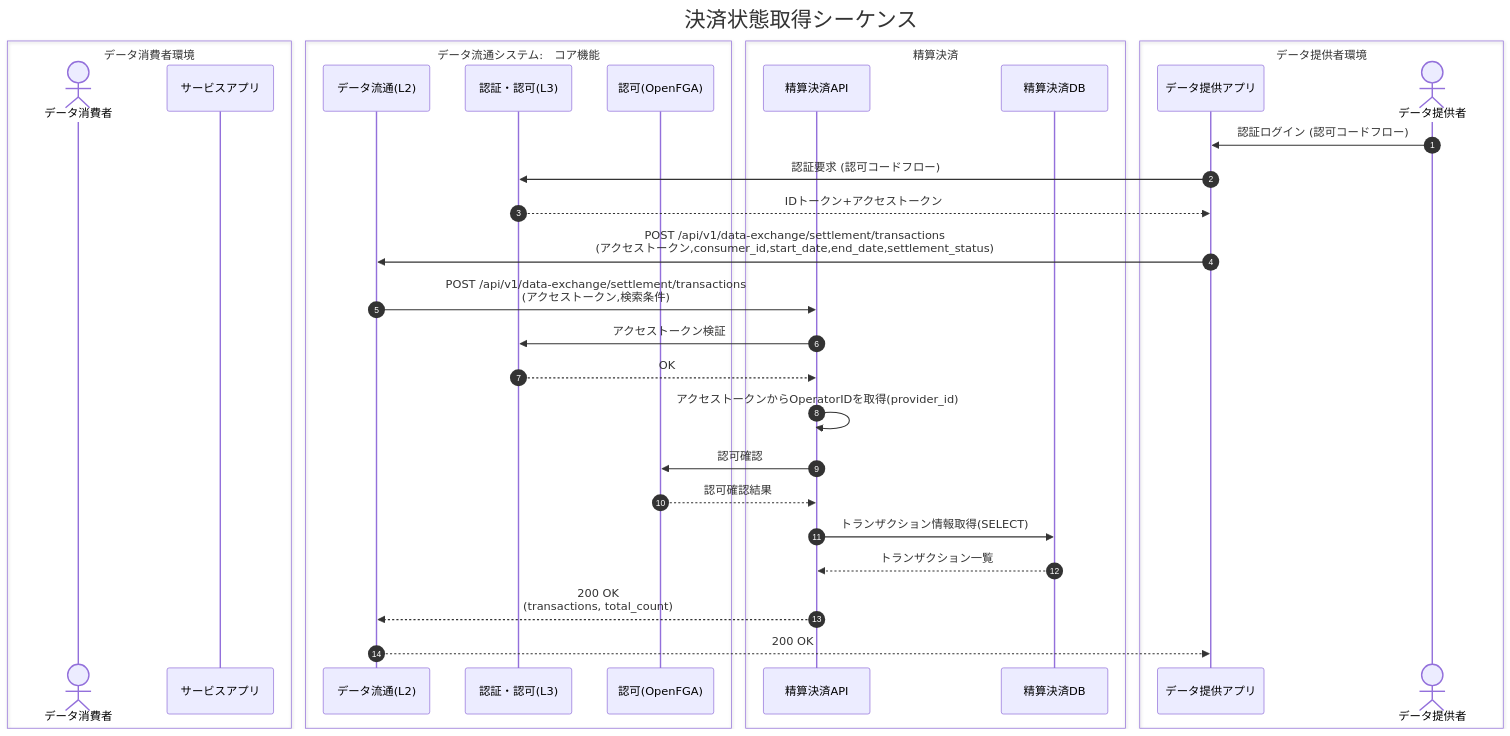
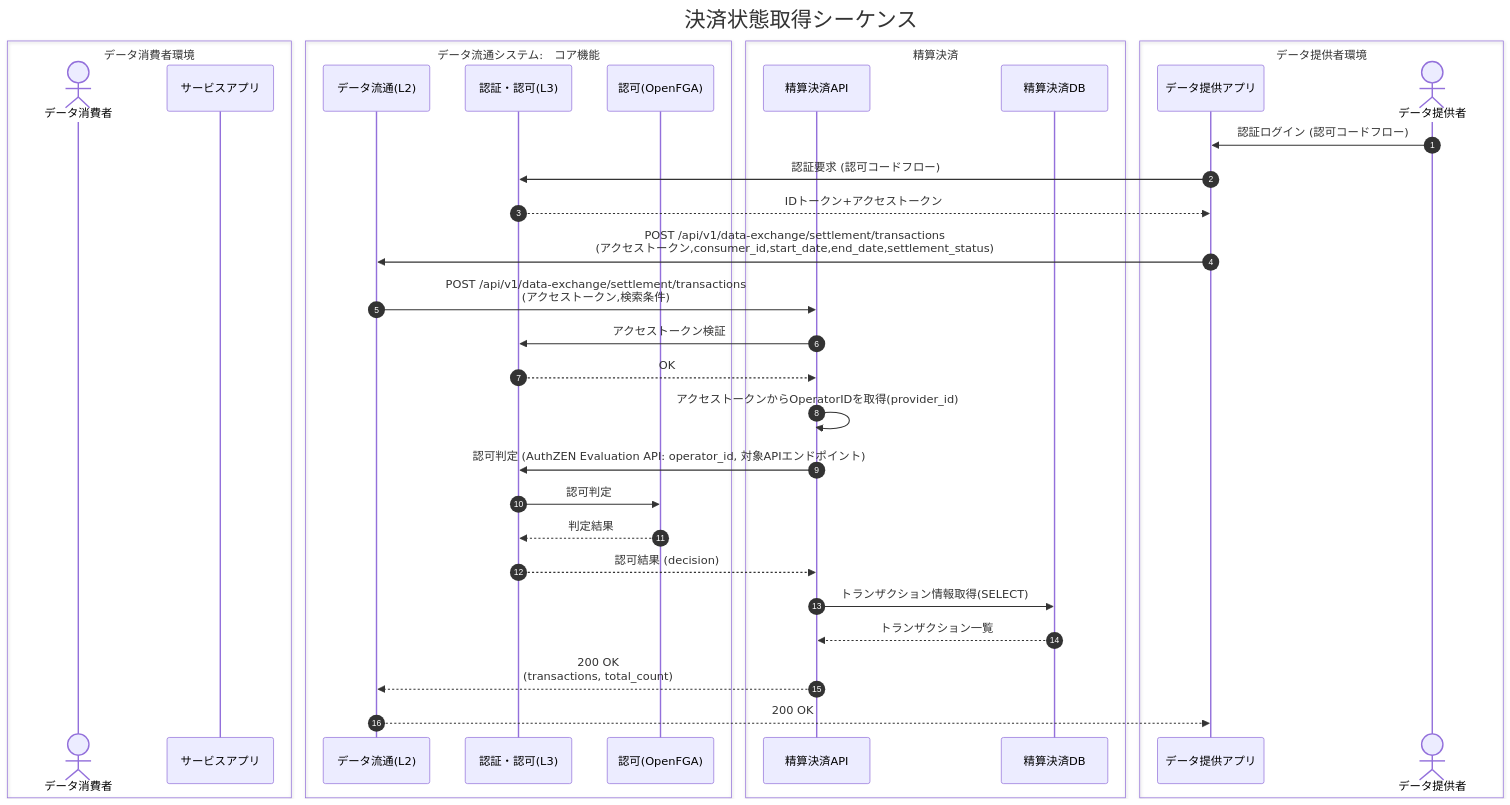
Before and after one commit to open-dataspaces/DCS-Payment: the fifth of 6 diagrams in docs/detail_design.md, drawn with Mermaid. The commit also changed other lines of this file and 6 other files, not shown here.

First line of the commit message:
Route authorization checks through L3 AuthZEN API

````diff
--- a/docs/detail_design.md
+++ b/docs/detail_design.md
@@ -360,51 +380,53 @@
 ```mermaid
 ---
 title: 決済状態取得シーケンス
 config:
   themeVariables:
     fontSize: 30px
 ---
 
 sequenceDiagram
 autonumber
 
 box データ消費者環境
   actor C as データ消費者
   participant C_SA as サービスアプリ
 end
 
 box データ流通システム:　コア機能
   participant CORE_L2 as データ流通(L2)
   participant CORE_L3 as 認証・認可(L3)
   participant AUTHZ as 認可(OpenFGA)
 end
 
 box 精算決済
   participant PAYMENT as 精算決済API
   participant PAYMENT_DB as 精算決済DB
 end
 
 box データ提供者環境
   participant P_SA as データ提供アプリ
   actor P as データ提供者
 end
 
 %% 共通前提：アクセストークン取得
 P->>P_SA: 認証ログイン (認可コードフロー)
 P_SA->>CORE_L3: 認証要求 (認可コードフロー)
 CORE_L3-->>P_SA: IDトークン+アクセストークン
 
 %% --- 精算決済トランザクション取得 ---
 P_SA->>CORE_L2: POST /api/v1/data-exchange/settlement/transactions<BR>(アクセストークン,consumer_id,start_date,end_date,settlement_status)
 CORE_L2->>PAYMENT: POST /api/v1/data-exchange/settlement/transactions<BR>(アクセストークン,検索条件)
 PAYMENT->>CORE_L3: アクセストークン検証
 CORE_L3-->>PAYMENT: OK
 PAYMENT->>PAYMENT: アクセストークンからOperatorIDを取得(provider_id)
-PAYMENT->>AUTHZ: 認可確認
-AUTHZ-->>PAYMENT: 認可確認結果
+PAYMENT->>CORE_L3: 認可判定 (AuthZEN Evaluation API: operator_id, 対象APIエンドポイント)
+CORE_L3->>AUTHZ: 認可判定
+AUTHZ-->>CORE_L3: 判定結果
+CORE_L3-->>PAYMENT: 認可結果 (decision)
 PAYMENT->>PAYMENT_DB: トランザクション情報取得(SELECT)
 PAYMENT_DB-->>PAYMENT: トランザクション一覧
 PAYMENT-->>CORE_L2: 200 OK<BR>(transactions, total_count)
 CORE_L2-->>P_SA: 200 OK
 
 ```
````
